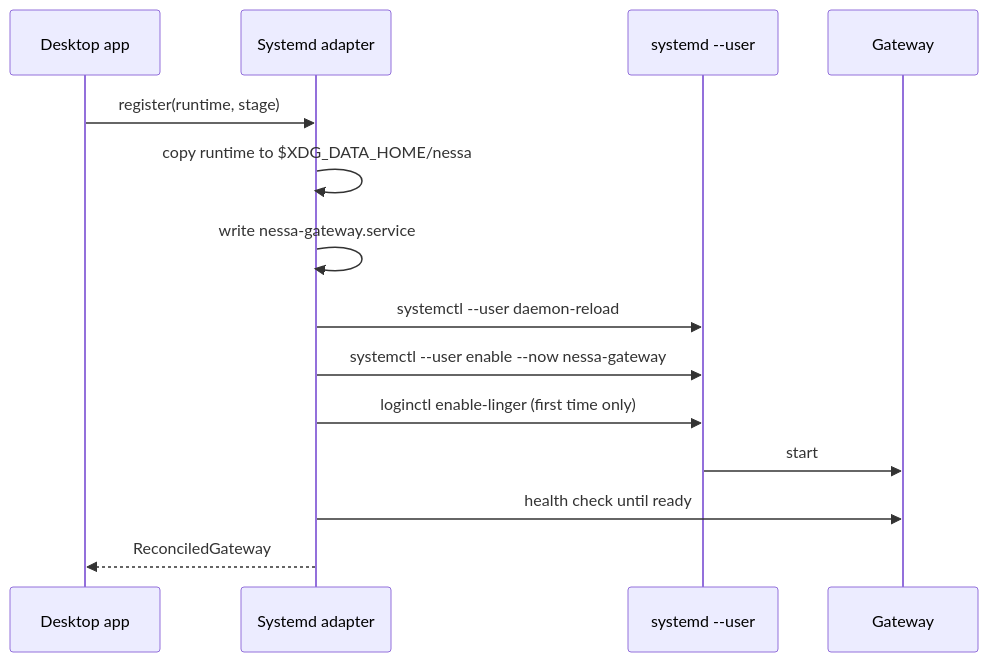
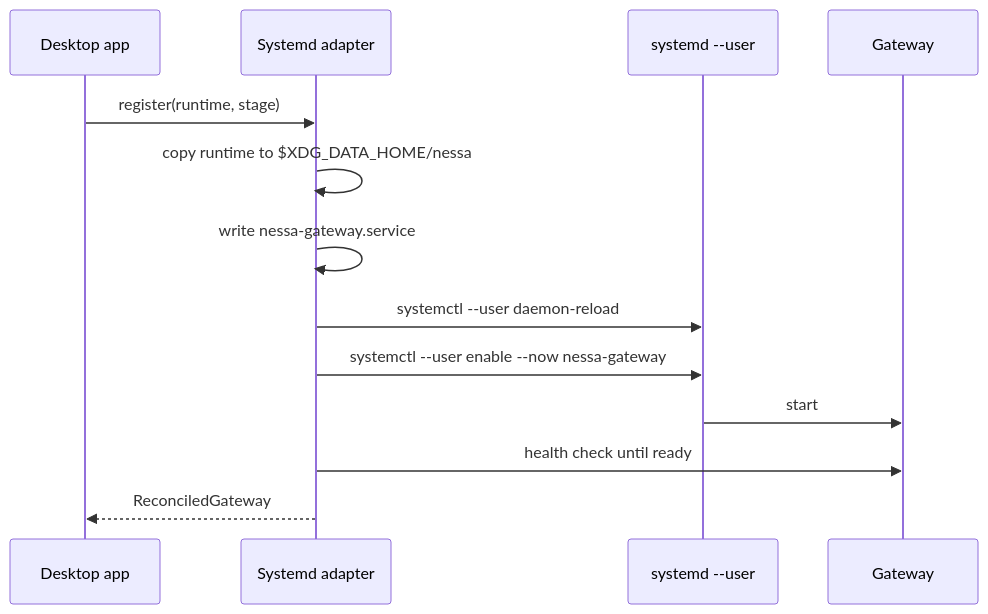
One commit to nessalabs/nessa-agent changed the fourth of 7 diagrams in docs/todo/desktop-linux-windows-plan.md. Above: the diagram before and after it, drawn with Mermaid. The commit also changed other lines of this file, not shown here.

````diff
--- a/docs/todo/desktop-linux-windows-plan.md
+++ b/docs/todo/desktop-linux-windows-plan.md
@@ -141,17 +156,16 @@
 ```mermaid
 sequenceDiagram
     participant App as Desktop app
     participant Sys as Systemd adapter
     participant SD as systemd --user
     participant GW as Gateway
 
     App->>Sys: register(runtime, stage)
     Sys->>Sys: copy runtime to $XDG_DATA_HOME/nessa
     Sys->>Sys: write nessa-gateway.service
     Sys->>SD: systemctl --user daemon-reload
     Sys->>SD: systemctl --user enable --now nessa-gateway
-    Sys->>SD: loginctl enable-linger (first time only)
     SD->>GW: start
     Sys->>GW: health check until ready
     Sys-->>App: ReconciledGateway
 ```
````
